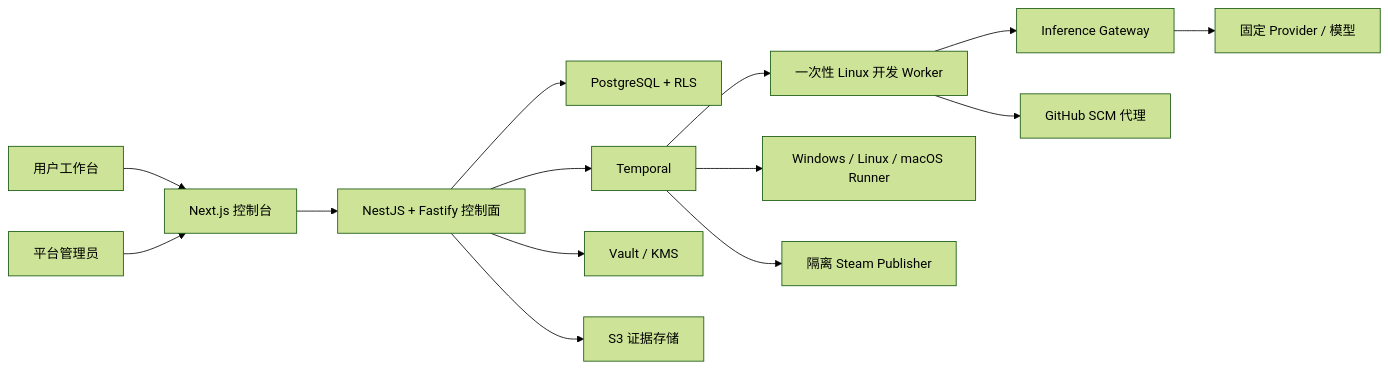
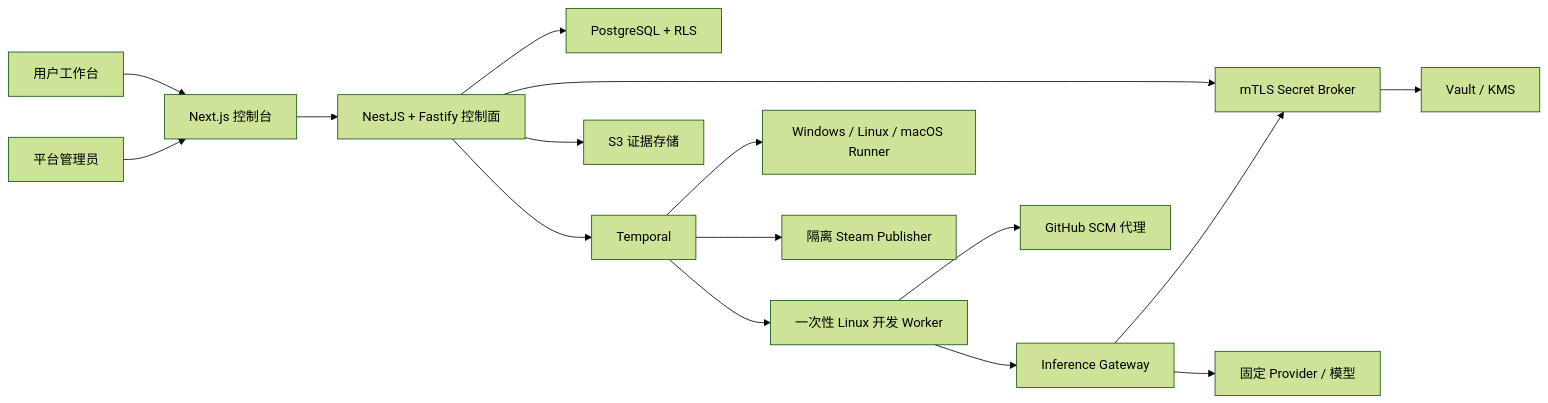
Before and after one commit to asssaver97/DeviLudo: the diagram in README.md, drawn with Mermaid (forest theme). The commit also changed other lines of this file and 28 other files, not shown here.

Commit message:
feat: add trusted secret broker

````diff
--- a/README.md
+++ b/README.md
@@ -46,16 +47,18 @@
 ```mermaid
 flowchart LR
   U["用户工作台"] --> C["Next.js 控制台"]
   A["平台管理员"] --> C
   C --> API["NestJS + Fastify 控制面"]
   API --> PG["PostgreSQL + RLS"]
   API --> T["Temporal"]
-  API --> V["Vault / KMS"]
+  API --> SB["mTLS Secret Broker"]
+  SB --> V["Vault / KMS"]
   API --> S3["S3 证据存储"]
   T --> DEV["一次性 Linux 开发 Worker"]
   DEV --> GW["Inference Gateway"]
+  GW --> SB
   GW --> P["固定 Provider / 模型"]
   DEV --> SCM["GitHub SCM 代理"]
   T --> E2E["Windows / Linux / macOS Runner"]
   T --> ST["隔离 Steam Publisher"]
 ```
````
